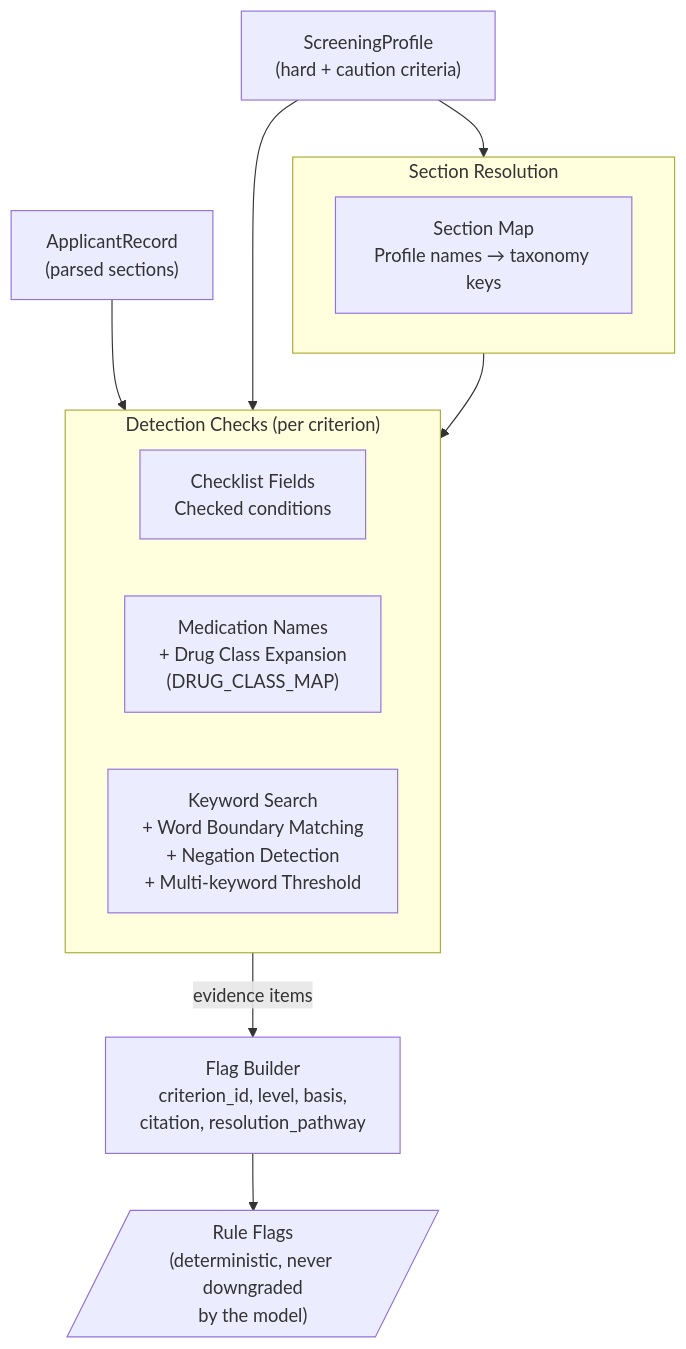
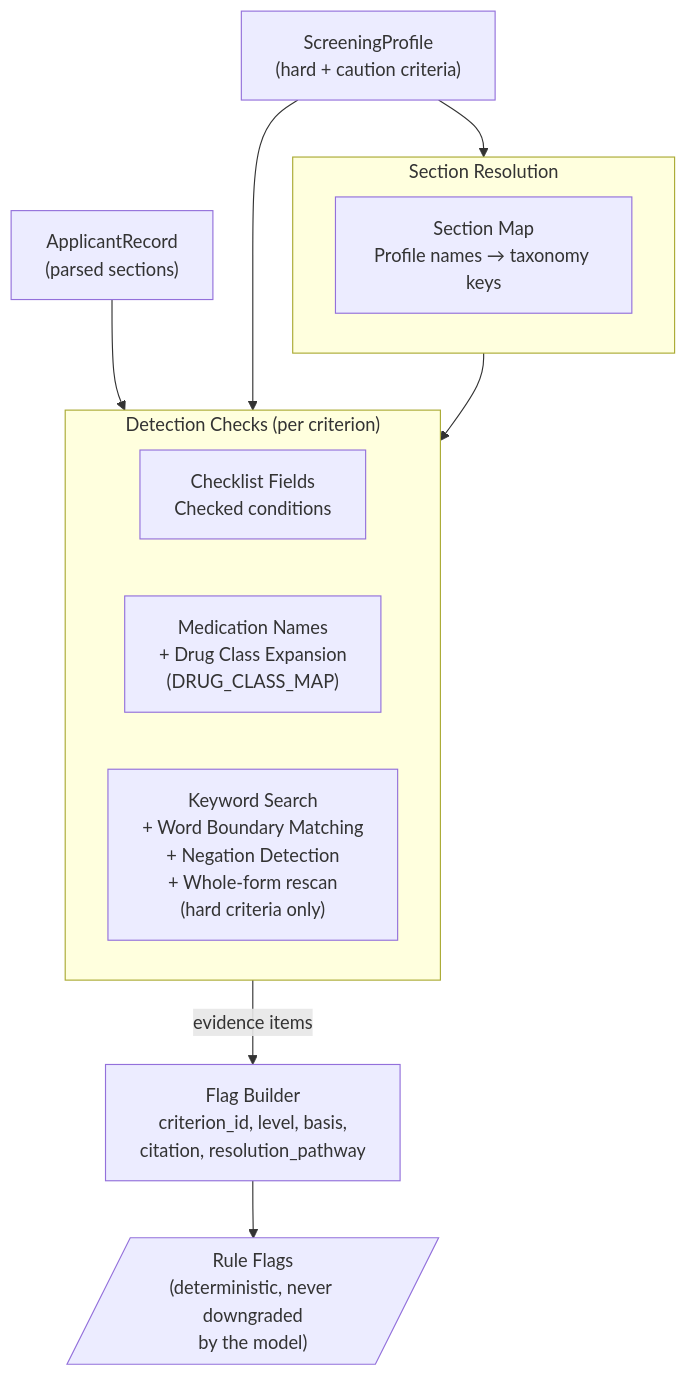
One commit to droumis/intake-screening-prototype changed the third of 6 diagrams in ARCHITECTURE.md. Above: the diagram before and after it, drawn with Mermaid. The commit also changed 2 other files, not shown here.

Commit message:
Correct doc claims about the rules engine and merge behaviour
Three claims described code that no longer exists, and one was never true.

- "Rule flags survive untouched" and "rule flags are never modified" were
  false. Model flags do merge into rule flags when they share a criterion, and
  a subsumed rule flag is folded into its survivor. The accurate invariant is
  the one ARCHITECTURE.md already stated: model output can add to a rule flag
  but cannot delete or soften it. Both files now describe the single
  comparator instead of "highest severity wins", which was only part of it.
- the multi-keyword threshold is gone from the engine, so it is gone from
  IMPLEMENTATION.md and the ARCHITECTURE.md diagram. IMPLEMENTATION.md
  contradicted itself here: the rules engine section documented the threshold
  while Known Gaps described the current single-match behaviour.
- there is no `window_check` field. That note goes in the rationale, which is
  what the card renders and the database keeps.

Also documents two engine behaviours that were missing: evidence ordering, and
the whole-form rescan for hard criteria.

````diff
--- a/ARCHITECTURE.md
+++ b/ARCHITECTURE.md
@@ -112,23 +112,23 @@
 ```mermaid
 flowchart TD
     RECORD["ApplicantRecord<br/>(parsed sections)"]
     PROFILE2["ScreeningProfile<br/>(hard + caution criteria)"]
 
     subgraph CHECKS["Detection Checks (per criterion)"]
         CL["Checklist Fields<br/>Checked conditions"]
         MED["Medication Names<br/>+ Drug Class Expansion<br/>(DRUG_CLASS_MAP)"]
-        KW["Keyword Search<br/>+ Word Boundary Matching<br/>+ Negation Detection<br/>+ Multi-keyword Threshold"]
+        KW["Keyword Search<br/>+ Word Boundary Matching<br/>+ Negation Detection<br/>+ Whole-form rescan<br/>(hard criteria only)"]
     end
 
     subgraph RESOLVE["Section Resolution"]
         SM["Section Map<br/>Profile names → taxonomy keys"]
     end
 
     RECORD --> CHECKS
     PROFILE2 --> CHECKS
     PROFILE2 --> RESOLVE
     RESOLVE --> CHECKS
 
     CHECKS -->|evidence items| FLAG_BUILD["Flag Builder<br/>criterion_id, level, basis,<br/>citation, resolution_pathway"]
     FLAG_BUILD --> RULE_FLAGS[/"Rule Flags<br/>(deterministic, never downgraded<br/>by the model)"/]
 ```
````
